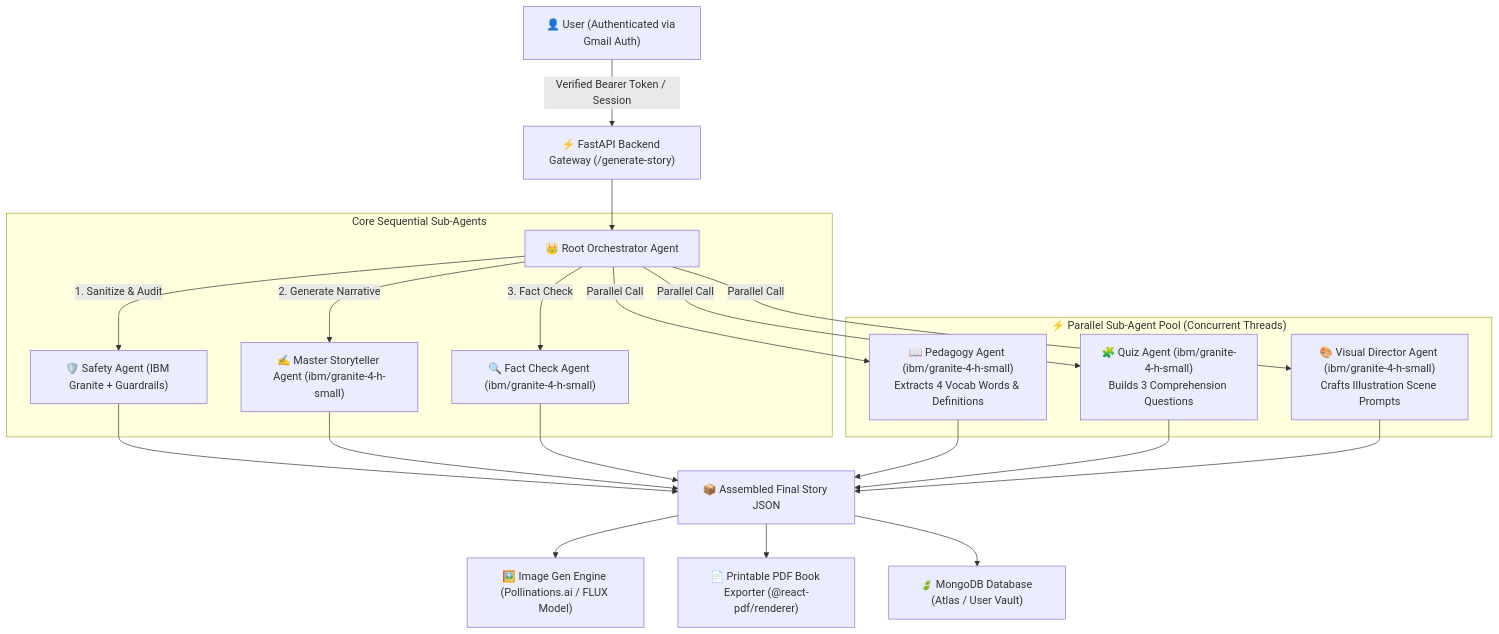
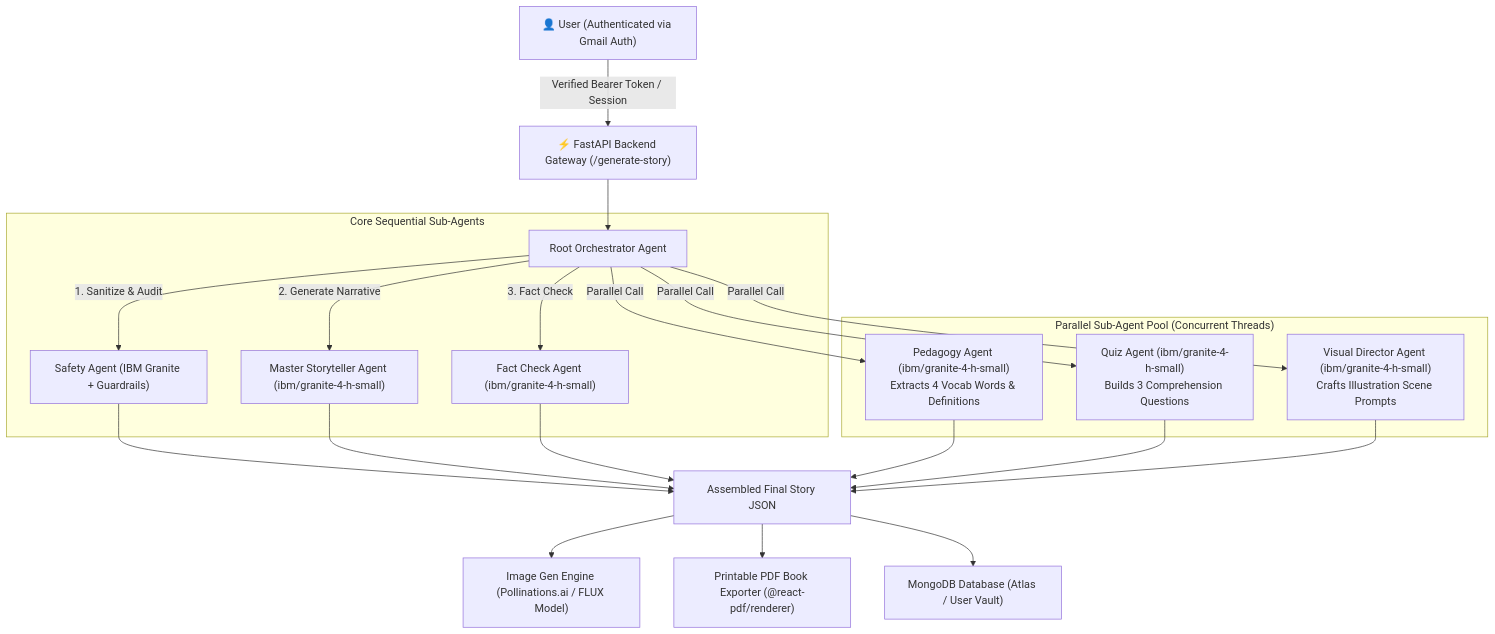
The second of 3 diagrams in README.md (Rohith84/StorySprout), drawn with Mermaid before and after one commit. The commit also changed other lines of this file, not shown here.

Commit message:
removed emojis

````diff
--- a/README.md
+++ b/README.md
@@ -107,28 +107,28 @@
 ```mermaid
 flowchart TD
     User["👤 User (Authenticated via Gmail Auth)"] -->|"Verified Bearer Token / Session"| Gateway["⚡ FastAPI Backend Gateway (/generate-story)"]
-    Gateway --> Orchestrator["👑 Root Orchestrator Agent"]
+    Gateway --> Orchestrator["  Root Orchestrator Agent"]
 
     subgraph SequentialAgents["Core Sequential Sub-Agents"]
-        Orchestrator -->|"1. Sanitize & Audit"| Safety["🛡️ Safety Agent (IBM Granite + Guardrails)"]
-        Orchestrator -->|"2. Generate Narrative"| Storyteller["✍️ Master Storyteller Agent (ibm/granite-4-h-small)"]
-        Orchestrator -->|"3. Fact Check"| FactCheck["🔍 Fact Check Agent (ibm/granite-4-h-small)"]
+        Orchestrator -->|"1. Sanitize & Audit"| Safety["  Safety Agent (IBM Granite + Guardrails)"]
+        Orchestrator -->|"2. Generate Narrative"| Storyteller["  Master Storyteller Agent (ibm/granite-4-h-small)"]
+        Orchestrator -->|"3. Fact Check"| FactCheck["  Fact Check Agent (ibm/granite-4-h-small)"]
     end
 
-    subgraph ParallelAgents["⚡ Parallel Sub-Agent Pool (Concurrent Threads)"]
-        Orchestrator -->|"Parallel Call"| Pedagogy["📖 Pedagogy Agent (ibm/granite-4-h-small)<br/>Extracts 4 Vocab Words & Definitions"]
-        Orchestrator -->|"Parallel Call"| Quiz["🧩 Quiz Agent (ibm/granite-4-h-small)<br/>Builds 3 Comprehension Questions"]
-        Orchestrator -->|"Parallel Call"| Visual["🎨 Visual Director Agent (ibm/granite-4-h-small)<br/>Crafts Illustration Scene Prompts"]
+    subgraph ParallelAgents["  Parallel Sub-Agent Pool (Concurrent Threads)"]
+        Orchestrator -->|"Parallel Call"| Pedagogy["  Pedagogy Agent (ibm/granite-4-h-small)<br/>Extracts 4 Vocab Words & Definitions"]
+        Orchestrator -->|"Parallel Call"| Quiz["  Quiz Agent (ibm/granite-4-h-small)<br/>Builds 3 Comprehension Questions"]
+        Orchestrator -->|"Parallel Call"| Visual["  Visual Director Agent (ibm/granite-4-h-small)<br/>Crafts Illustration Scene Prompts"]
     end
 
-    Safety --> FinalJSON["📦 Assembled Final Story JSON"]
+    Safety --> FinalJSON["  Assembled Final Story JSON"]
     Storyteller --> FinalJSON
     FactCheck --> FinalJSON
     Pedagogy --> FinalJSON
     Quiz --> FinalJSON
     Visual --> FinalJSON
 
-    FinalJSON --> ImageGen["🖼️ Image Gen Engine (Pollinations.ai / FLUX Model)"]
-    FinalJSON --> PDFBook["📄 Printable PDF Book Exporter (@react-pdf/renderer)"]
-    FinalJSON --> Mongo["🍃 MongoDB Database (Atlas / User Vault)"]
+    FinalJSON --> ImageGen["  Image Gen Engine (Pollinations.ai / FLUX Model)"]
+    FinalJSON --> PDFBook["  Printable PDF Book Exporter (@react-pdf/renderer)"]
+    FinalJSON --> Mongo["  MongoDB Database (Atlas / User Vault)"]
 ```
````
